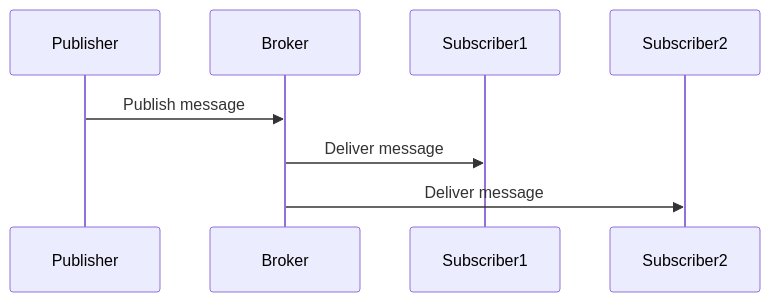
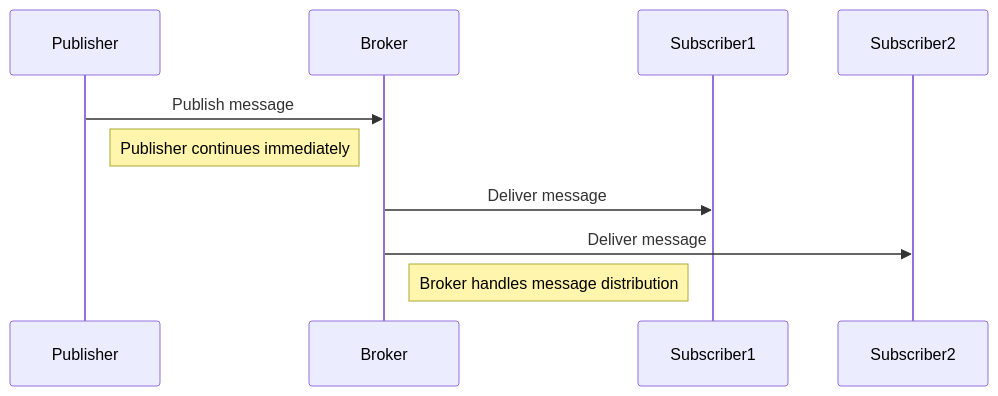
One commit to nbicocchi/learn-microservices changed the fifth of 6 diagrams in modules/communication-sync/slides/1 - Communication styles.md. Above: the diagram before and after it, drawn with Mermaid. The commit also changed other lines of this file, not shown here.

````diff
--- a/modules/communication-sync/slides/1 - Communication styles.md
+++ b/modules/communication-sync/slides/1 - Communication styles.md
@@ -235,11 +298,13 @@
 ```mermaid
 sequenceDiagram
     participant Publisher
     participant Broker
     participant Subscriber1
     participant Subscriber2
 
     Publisher->>Broker: Publish message
+    Note right of Publisher: Publisher continues immediately
     Broker->>Subscriber1: Deliver message
     Broker->>Subscriber2: Deliver message
+    Note right of Broker: Broker handles message distribution
 ```
````
